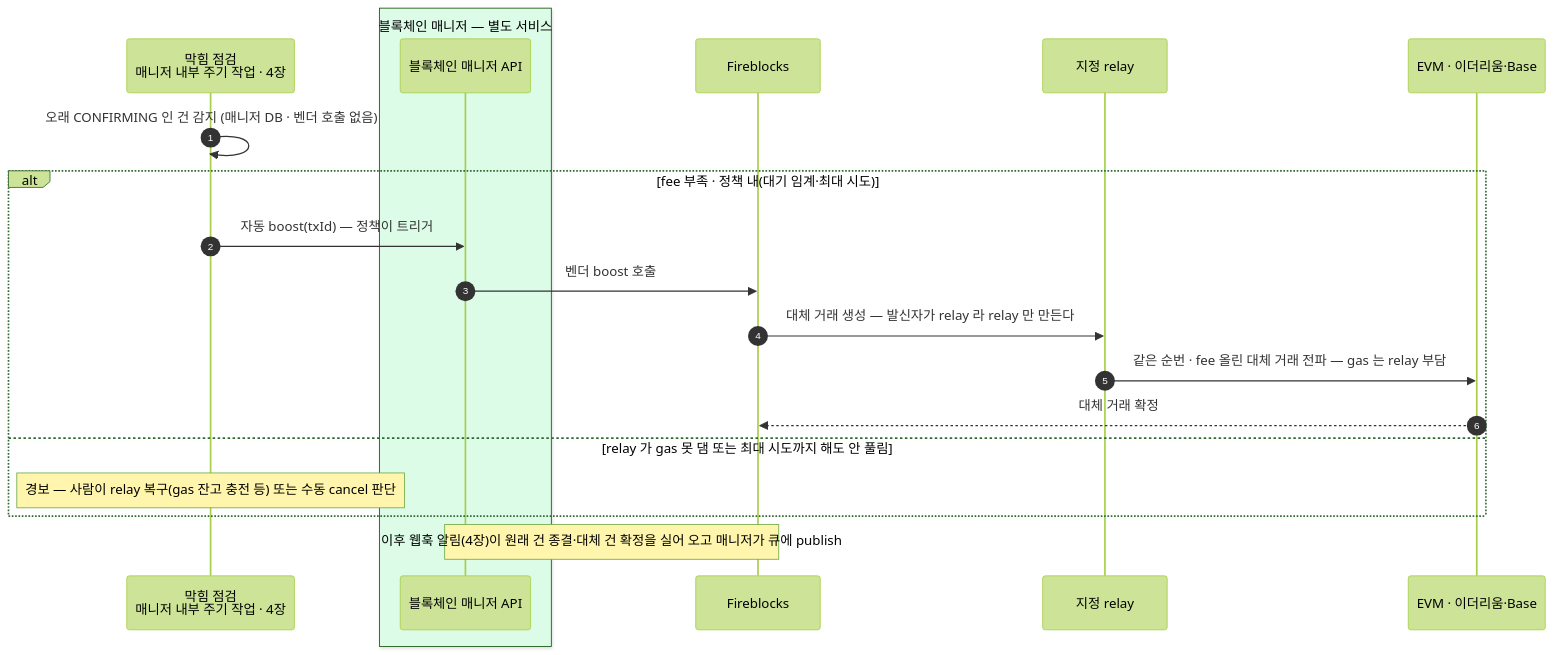
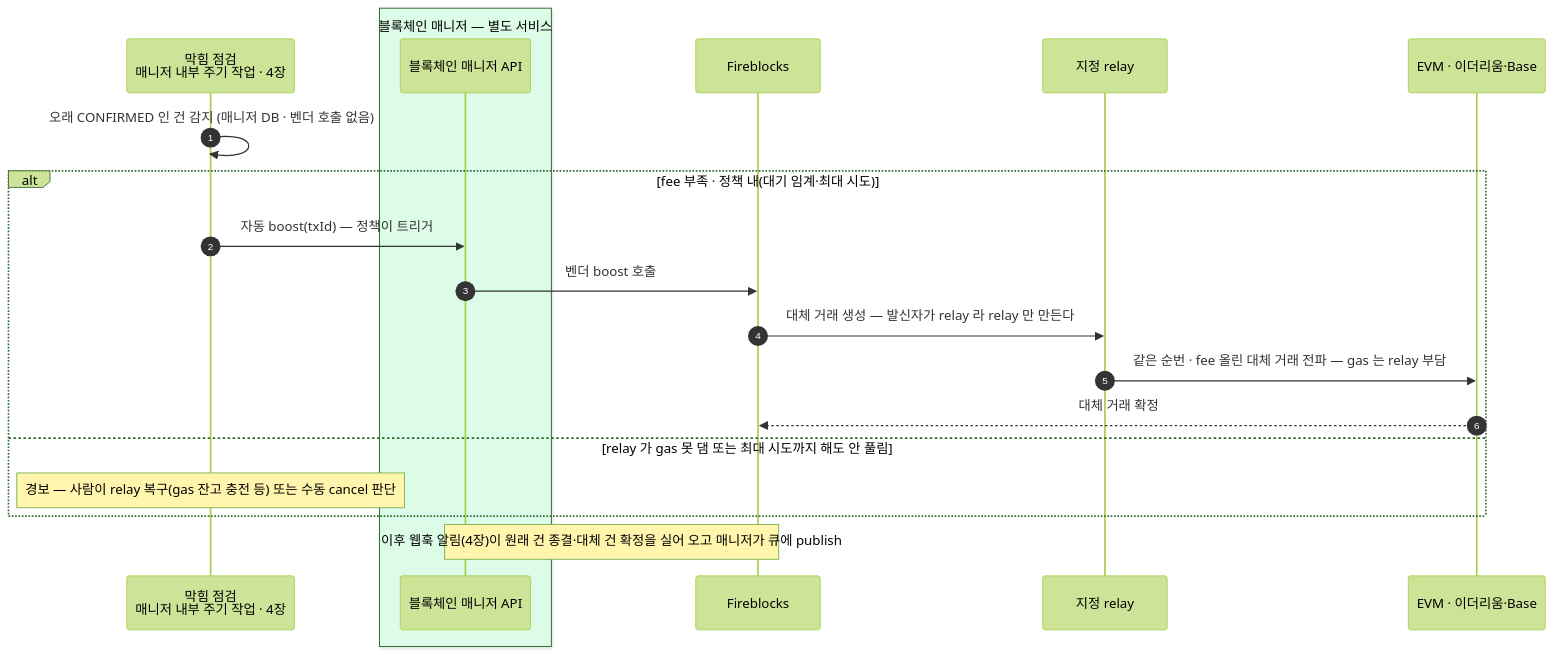
The second of 2 diagrams in blockchain-manager/docs/블록체인매니저/설계/06-withdrawal.md (eunsujeo/eunpus), drawn with Mermaid (forest theme) before and after one commit. The commit also changed other lines of this file and 17 other files, not shown here.

First line of the commit message:
TxStatus 계약 어휘 개명 — CONFIRMING→CONFIRMED, COMPLETED→FINALIZED

````diff
--- a/blockchain-manager/docs/블록체인매니저/설계/06-withdrawal.md
+++ b/blockchain-manager/docs/블록체인매니저/설계/06-withdrawal.md
@@ -136,23 +136,23 @@
 ```mermaid
 sequenceDiagram
     autonumber
     participant SW as 막힘 점검<br/>매니저 내부 주기 작업 · 4장
     box rgb(220,252,231) 블록체인 매니저 — 별도 서비스
     participant BM as 블록체인 매니저 API
     end
     participant FB as Fireblocks
     participant RL as 지정 relay
     participant CH as EVM · 이더리움·Base
 
-    SW->>SW: 오래 CONFIRMING 인 건 감지 (매니저 DB · 벤더 호출 없음)
+    SW->>SW: 오래 CONFIRMED 인 건 감지 (매니저 DB · 벤더 호출 없음)
     alt fee 부족 · 정책 내(대기 임계·최대 시도)
         SW->>BM: 자동 boost(txId) — 정책이 트리거
         BM->>FB: 벤더 boost 호출
         FB->>RL: 대체 거래 생성 — 발신자가 relay 라 relay 만 만든다
         RL->>CH: 같은 순번 · fee 올린 대체 거래 전파 — gas 는 relay 부담
         CH-->>FB: 대체 거래 확정
     else relay 가 gas 못 댐 또는 최대 시도까지 해도 안 풀림
         Note over SW: 경보 — 사람이 relay 복구(gas 잔고 충전 등) 또는 수동 cancel 판단
     end
     Note over BM,FB: 이후 웹훅 알림(4장)이 원래 건 종결·대체 건 확정을 실어 오고 매니저가 큐에 publish
 ```
````
